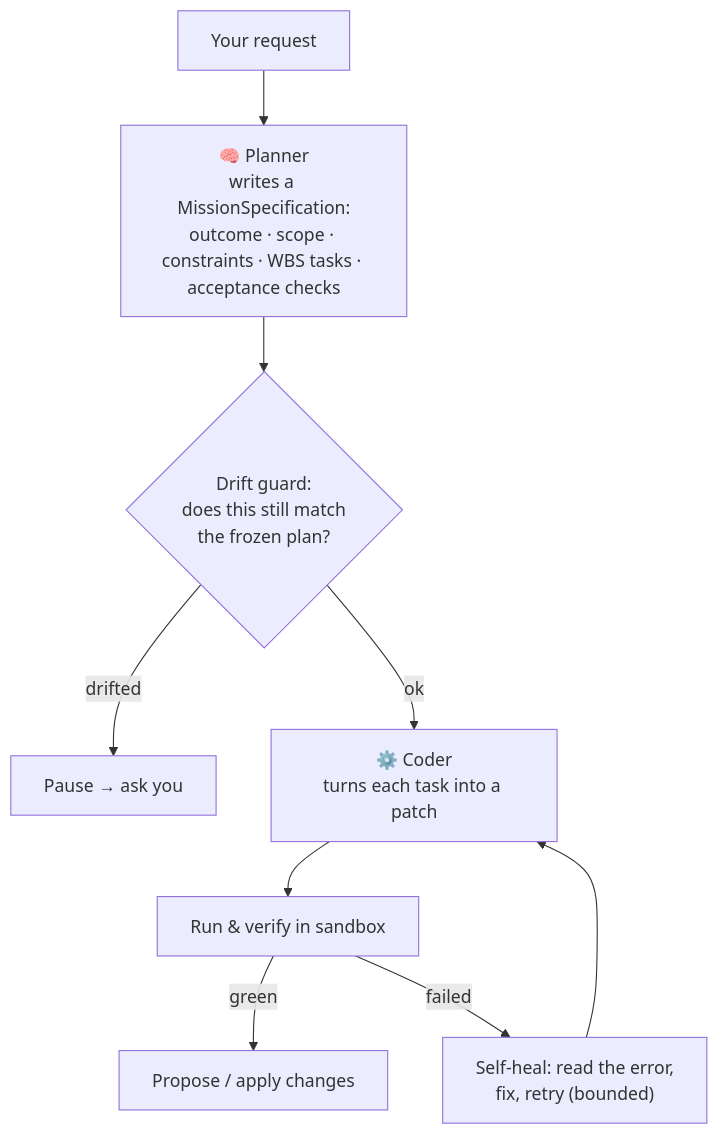
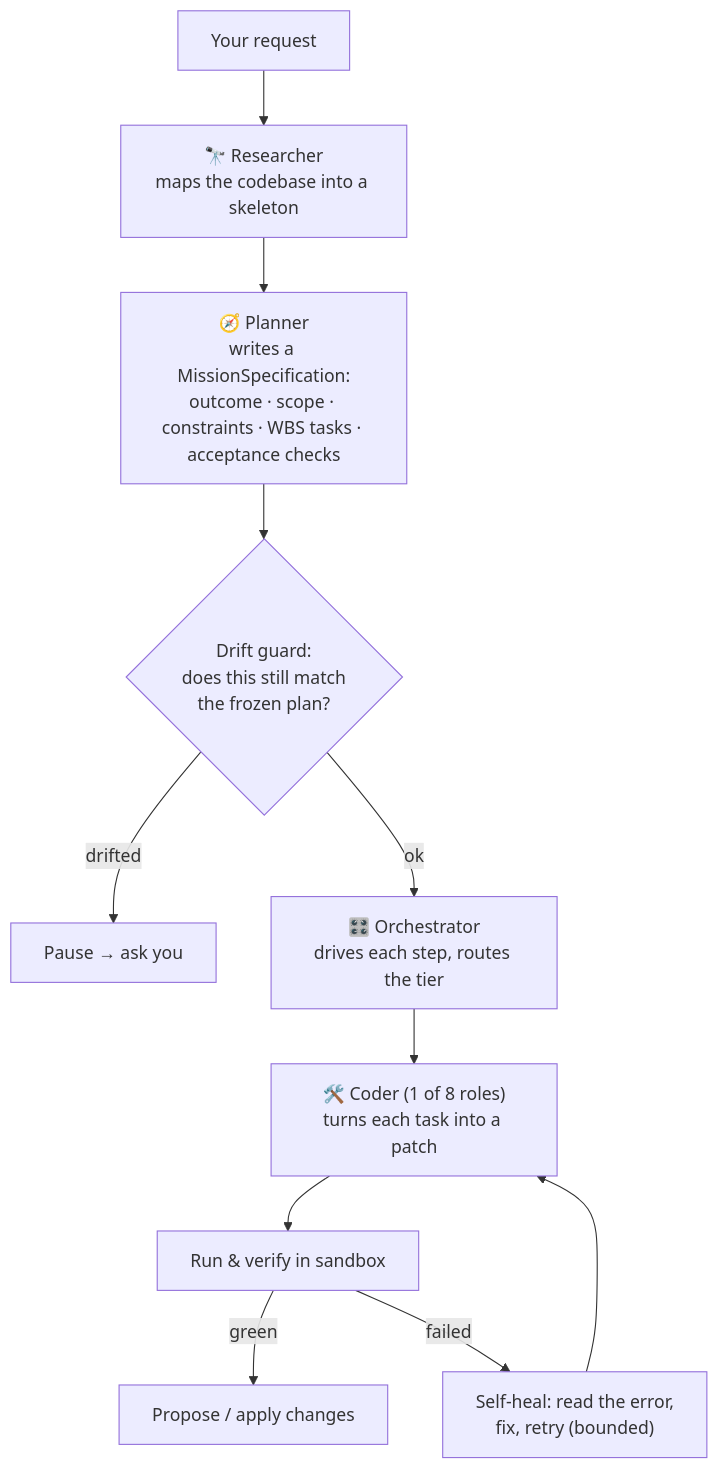
The second of 7 diagrams in HowItWorks.md (GabrielV-Engineer/AILIENANT), drawn with Mermaid before and after one commit. The commit also changed other lines of this file and 12 other files, not shown here.

First line of the commit message:
docs: 5-agent team, GraphRAG/Dreaming/ecosystem, dynamic port, icon-color logo across 7 READMEs

````diff
--- a/HowItWorks.md
+++ b/HowItWorks.md
@@ -42,11 +42,13 @@
 ```mermaid
 flowchart TD
-  A["Your request"] --> P["🧠 Planner<br/>writes a MissionSpecification:<br/>outcome · scope · constraints · WBS tasks · acceptance checks"]
+  A["Your request"] --> RS["🔭 Researcher<br/>maps the codebase into a skeleton"]
+  RS --> P["🧭 Planner<br/>writes a MissionSpecification:<br/>outcome · scope · constraints · WBS tasks · acceptance checks"]
   P --> D{"Drift guard:<br/>does this still match<br/>the frozen plan?"}
   D -- "drifted" --> H["Pause → ask you"]
-  D -- "ok" --> C["⚙️ Coder<br/>turns each task into a patch"]
+  D -- "ok" --> O["🎛️ Orchestrator<br/>drives each step, routes the tier"]
+  O --> C["🛠️ Coder (1 of 8 roles)<br/>turns each task into a patch"]
   C --> V["Run & verify in sandbox"]
   V -- "green" --> DONE["Propose / apply changes"]
   V -- "failed" --> FIX["Self-heal: read the error,<br/>fix, retry (bounded)"]
   FIX --> C
 ```
````
